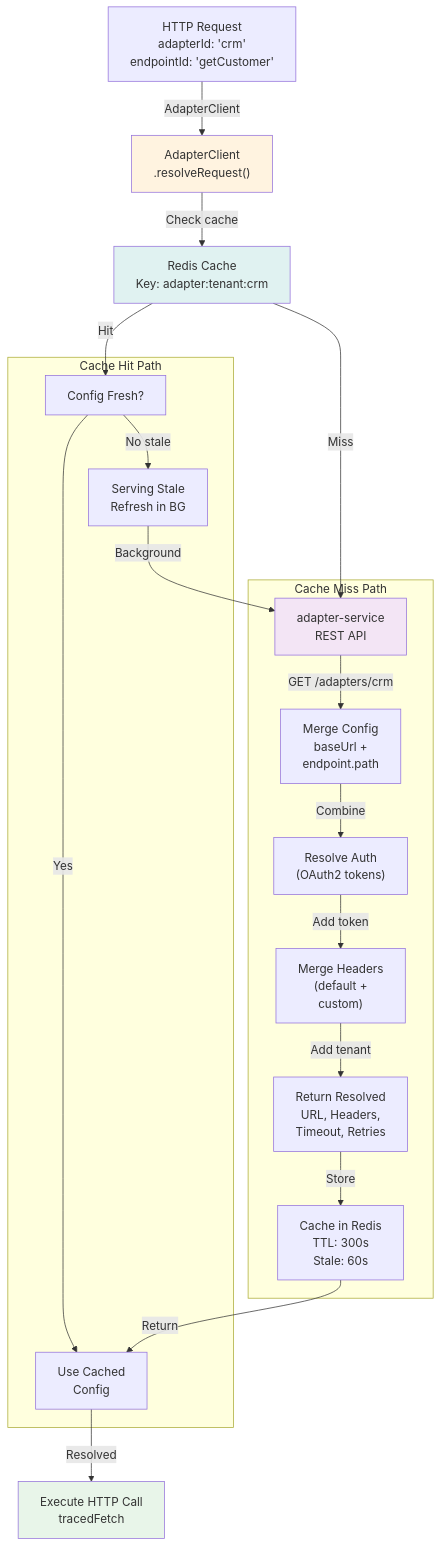
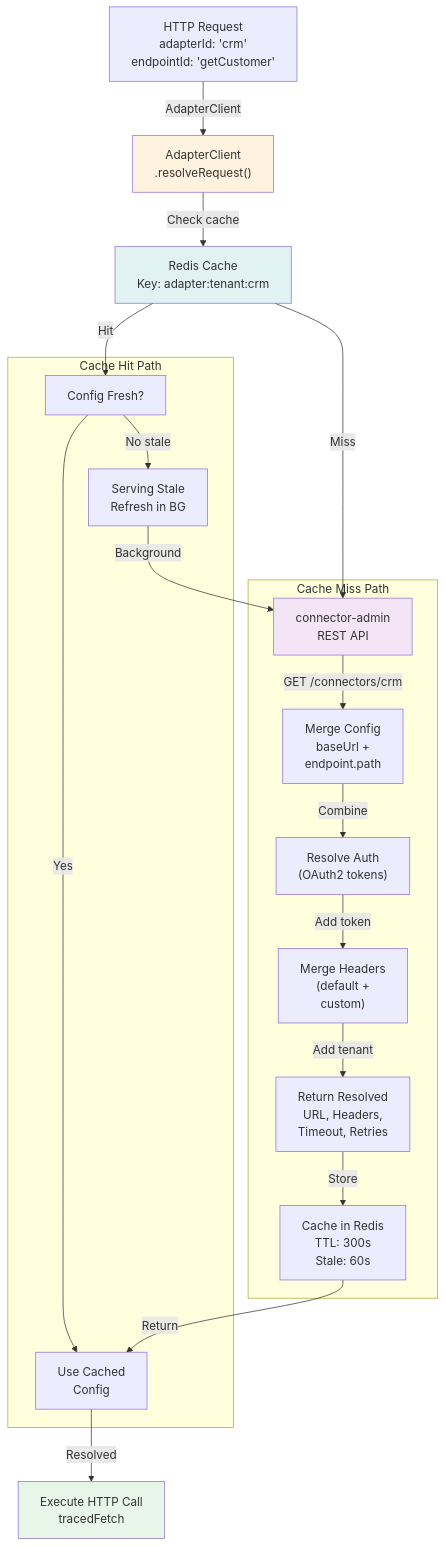
Before and after one commit to ccarnero/colloqui: the third of 8 diagrams in DOCS/11-SERVICE-ARCHITECTURE-DIAGRAM.md, drawn with Mermaid. The commit also changed other lines of this file and 418 other files, not shown here.

First line of the commit message:
Merged PR 3855: Remove services. Rename http-adapter/adapter-service. Update docs

````diff
--- a/DOCS/11-SERVICE-ARCHITECTURE-DIAGRAM.md
+++ b/DOCS/11-SERVICE-ARCHITECTURE-DIAGRAM.md
@@ -150,45 +150,45 @@
 ```mermaid
 graph TB
     REQ["HTTP Request<br/>adapterId: 'crm'<br/>endpointId: 'getCustomer'"]
     AC["AdapterClient<br/>.resolveRequest()"]
     REDIS["Redis Cache<br/>Key: adapter:tenant:crm"]
-    
+
     subgraph "Cache Miss Path"
-        ADA["adapter-service<br/>REST API"]
+        ADA["connector-admin<br/>REST API"]
         MERGE["Merge Config<br/>baseUrl +<br/>endpoint.path"]
         AUTH["Resolve Auth<br/>(OAuth2 tokens)"]
         HEADERS["Merge Headers<br/>(default +<br/>custom)"]
         FINAL["Return Resolved<br/>URL, Headers,<br/>Timeout, Retries"]
         STORE["Cache in Redis<br/>TTL: 300s<br/>Stale: 60s"]
     end
-    
+
     subgraph "Cache Hit Path"
         FRESH["Config Fresh?"]
         USE["Use Cached<br/>Config"]
         STALE["Serving Stale<br/>Refresh in BG"]
     end
-    
+
     REQ -->|AdapterClient| AC
     AC -->|Check cache| REDIS
-    
+
     REDIS -->|Hit| FRESH
     REDIS -->|Miss| ADA
-    
+
      FRESH -->|Yes| USE
      FRESH -->|No stale| STALE
-    
-    ADA -->|GET /adapters/crm| MERGE
+
+    ADA -->|GET /connectors/crm| MERGE
     MERGE -->|Combine| AUTH
     AUTH -->|Add token| HEADERS
     HEADERS -->|Add tenant| FINAL
     FINAL -->|Store| STORE
     STORE -->|Return| USE
     STALE -->|Background| ADA
-    
+
     USE -->|Resolved| EXEC["Execute HTTP Call<br/>tracedFetch"]
-    
+
     style AC fill:#fff3e0
     style REDIS fill:#e0f2f1
     style ADA fill:#f3e5f5
     style EXEC fill:#e8f5e9
 ```
````
